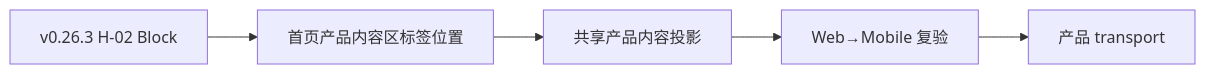
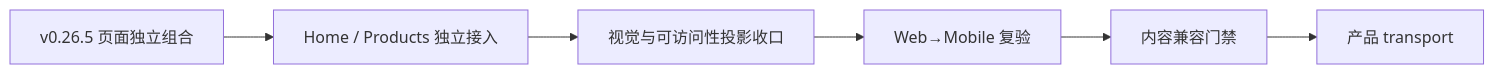
One commit to Chizheng4/xingbuild changed the diagram in docs/iterations/current.md. Above: the diagram before and after it, drawn with Mermaid. The commit also changed other lines of this file and 15 other files, not shown here.

````diff
--- a/docs/iterations/current.md
+++ b/docs/iterations/current.md
@@ -15,7 +15,8 @@
 ```mermaid
 flowchart LR
-  A[v0.26.3 H-02 Block] --> B[首页产品内容区标签位置]
-  B --> C[共享产品内容投影]
+  A[v0.26.5 页面独立组合] --> B[Home / Products 独立接入]
+  B --> C[视觉与可访问性投影收口]
   C --> D[Web→Mobile 复验]
-  D --> E[产品 transport]
+  D --> E[内容兼容门禁]
+  E --> F[产品 transport]
 ```
````
